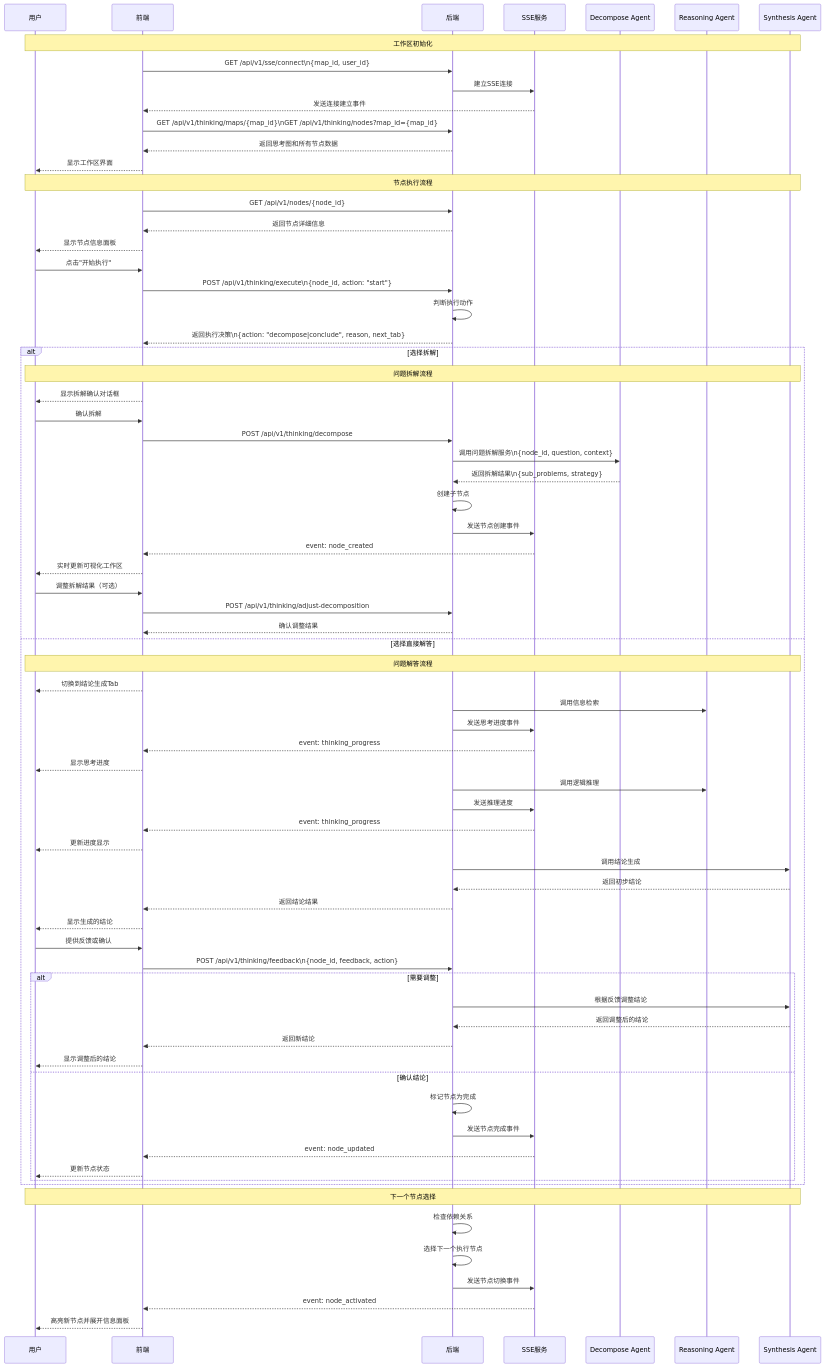
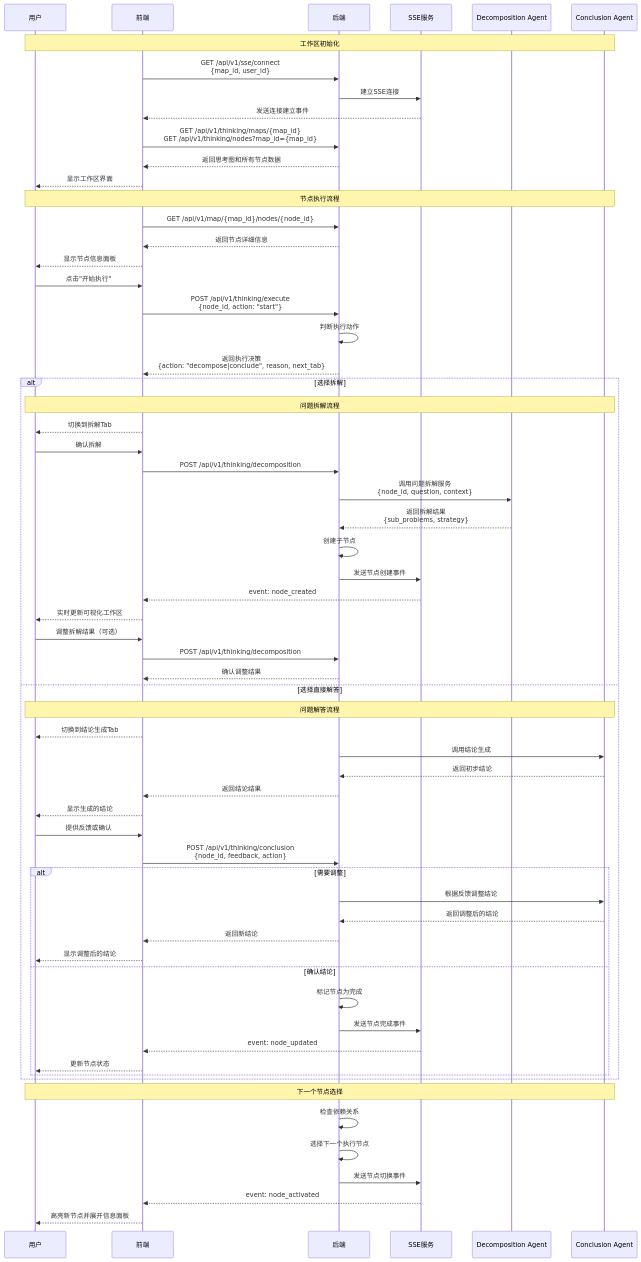
One commit to PGshen/thinking-map changed the second of 5 diagrams in docs/interaction-sequence-diagram.md. Above: the diagram before and after it, drawn with Mermaid. The commit also changed other lines of this file and 1 other file, not shown here.

First line of the commit message:
docs: update interaction sequence diagram and add streaming JSON parser doc

```diff
--- a/docs/interaction-sequence-diagram.md
+++ b/docs/interaction-sequence-diagram.md
@@ -54,57 +48,46 @@
     participant F as 前端
     participant B as 后端
     participant SSE as SSE服务
-    participant DA as Decompose Agent
-    participant RA as Reasoning Agent
-    participant SA as Synthesis Agent
+    participant DA as Decomposition Agent
+    participant SA as Conclusion Agent
 
     Note over U,SA: 工作区初始化
-    F->>B: GET /api/v1/sse/connect\n{map_id, user_id}
+    F->>B: GET /api/v1/sse/connect<br/>{map_id, user_id}
     B->>SSE: 建立SSE连接
     SSE-->>F: 发送连接建立事件
-    F->>B: GET /api/v1/thinking/maps/{map_id}\nGET /api/v1/thinking/nodes?map_id={map_id}
+    F->>B: GET /api/v1/thinking/maps/{map_id}<br/>GET /api/v1/thinking/nodes?map_id={map_id}
     B-->>F: 返回思考图和所有节点数据
     F-->>U: 显示工作区界面
 
     Note over U,SA: 节点执行流程
-    F->>B: GET /api/v1/nodes/{node_id}
+    F->>B: GET /api/v1/map/{map_id}/nodes/{node_id}
     B-->>F: 返回节点详细信息
     F-->>U: 显示节点信息面板
 
     U->>F: 点击"开始执行"
-    F->>B: POST /api/v1/thinking/execute\n{node_id, action: "start"}
+    F->>B: POST /api/v1/thinking/execute<br/>{node_id, action: "start"}
     B->>B: 判断执行动作
-    B-->>F: 返回执行决策\n{action: "decompose|conclude", reason, next_tab}
+    B-->>F: 返回执行决策<br/>{action: "decompose|conclude", reason, next_tab}
 
     alt 选择拆解
         Note over U,SA: 问题拆解流程
-        F-->>U: 显示拆解确认对话框
+        F-->>U: 切换到拆解Tab
         U->>F: 确认拆解
-        F->>B: POST /api/v1/thinking/decompose
-        B->>DA: 调用问题拆解服务\n{node_id, question, context}
-        DA-->>B: 返回拆解结果\n{sub_problems, strategy}
+        F->>B: POST /api/v1/thinking/decomposition
+        B->>DA: 调用问题拆解服务<br/>{node_id, question, context}
+        DA-->>B: 返回拆解结果<br/>{sub_problems, strategy}
         B->>B: 创建子节点
         B->>SSE: 发送节点创建事件
         SSE-->>F: event: node_created
         F-->>U: 实时更新可视化工作区
 
         U->>F: 调整拆解结果（可选）
-        F->>B: POST /api/v1/thinking/adjust-decomposition
+        F->>B: POST /api/v1/thinking/decomposition
         B-->>F: 确认调整结果
 
     else 选择直接解答
         Note over U,SA: 问题解答流程
         F-->>U: 切换到结论生成Tab
-
-        B->>RA: 调用信息检索
-        B->>SSE: 发送思考进度事件
-        SSE-->>F: event: thinking_progress
-        F-->>U: 显示思考进度
-
-        B->>RA: 调用逻辑推理
-        B->>SSE: 发送推理进度
-        SSE-->>F: event: thinking_progress
-        F-->>U: 更新进度显示
 
         B->>SA: 调用结论生成
         SA-->>B: 返回初步结论
@@ -112,7 +95,7 @@
         F-->>U: 显示生成的结论
 
         U->>F: 提供反馈或确认
-        F->>B: POST /api/v1/thinking/feedback\n{node_id, feedback, action}
+        F->>B: POST /api/v1/thinking/conclusion<br/>{node_id, feedback, action}
 
         alt 需要调整
             B->>SA: 根据反馈调整结论
```
